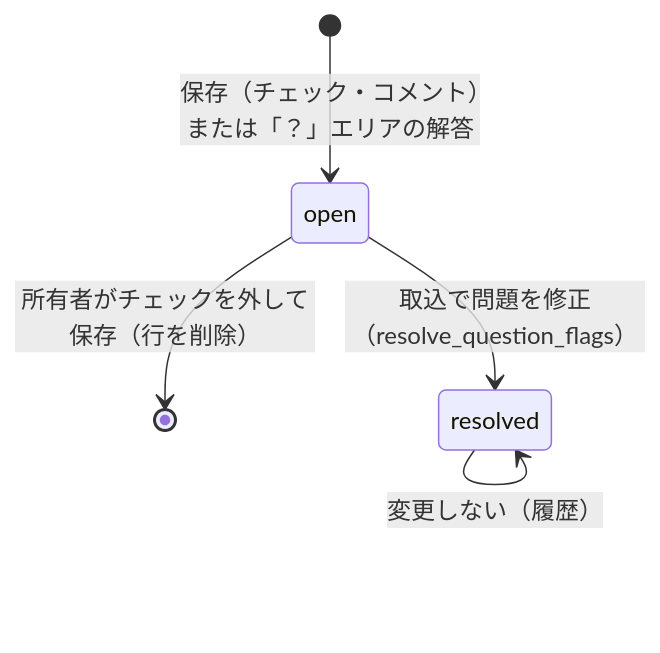
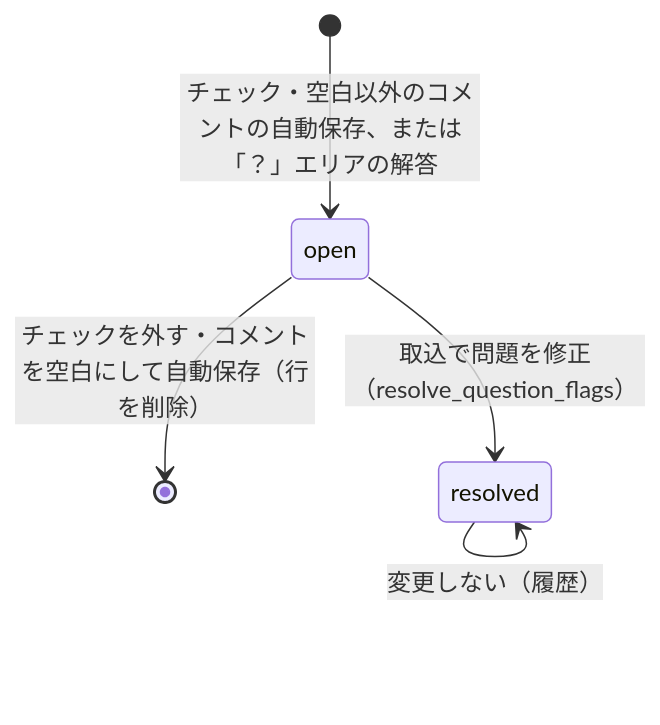
Before and after one commit to takky81/ai-question-study: the third of 5 diagrams in .kiro/specs/quiz-session/design.md, drawn with Mermaid. The commit also changed other lines of this file and 7 other files, not shown here.

````diff
--- a/.kiro/specs/quiz-session/design.md
+++ b/.kiro/specs/quiz-session/design.md
@@ -209,7 +216,7 @@
 ```mermaid
 stateDiagram-v2
-    [*] --> open: 保存（チェック・コメント）または「？」エリアの解答
-    open --> [*]: 所有者がチェックを外して保存（行を削除）
+    [*] --> open: チェック・空白以外のコメントの自動保存、または「？」エリアの解答
+    open --> [*]: チェックを外す・コメントを空白にして自動保存（行を削除）
     open --> resolved: 取込で問題を修正（resolve_question_flags）
     resolved --> resolved: 変更しない（履歴）
 ```
````
